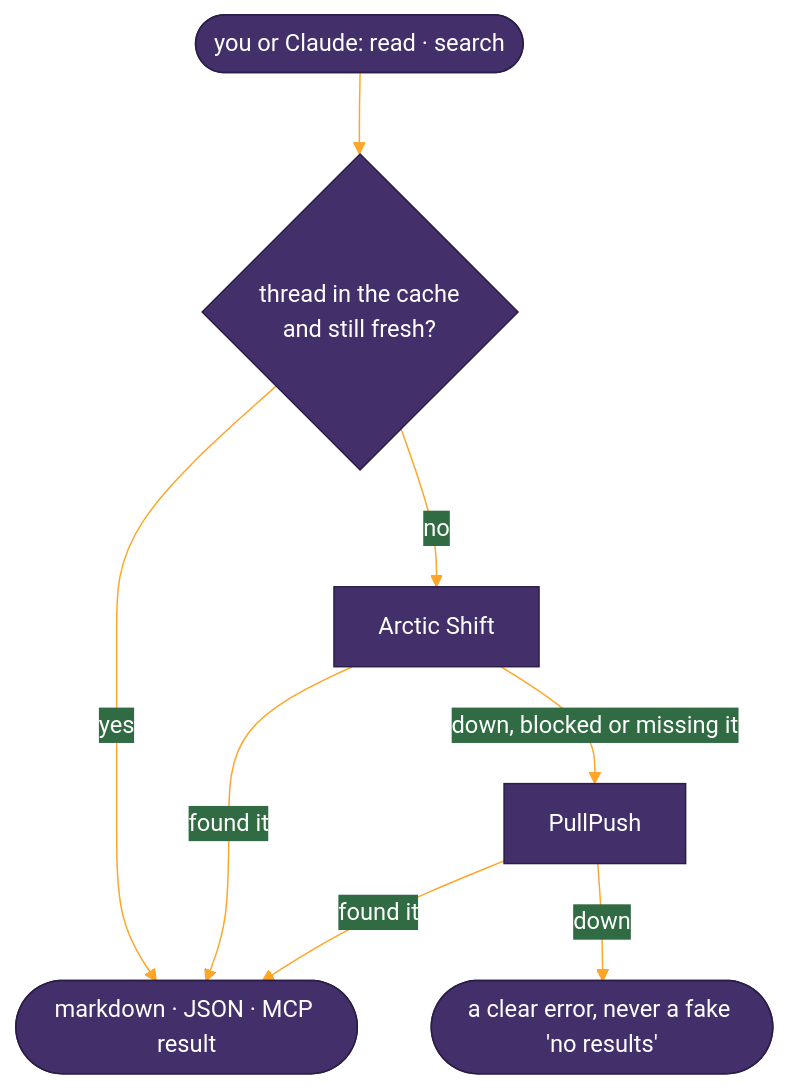
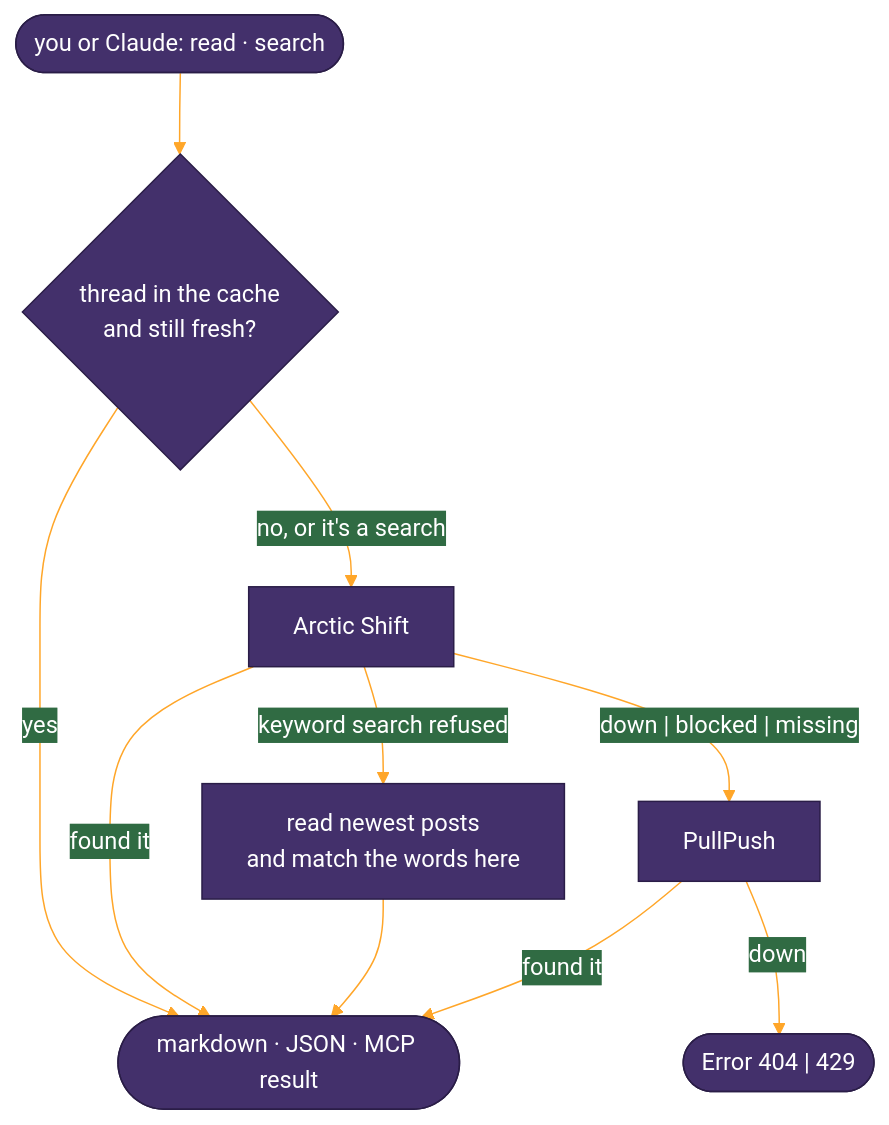
One commit to iiSHAQii/tarantula changed the diagram in README.md. Above: the diagram before and after it, drawn with Mermaid. The commit also changed other lines of this file and 1 other file, not shown here.

````diff
--- a/README.md
+++ b/README.md
@@ -91,11 +93,13 @@
 ```mermaid
 %%{init: {'theme':'base','themeVariables':{'primaryColor':'#43306B','primaryTextColor':'#ffffff','primaryBorderColor':'#2A1D47','lineColor':'#FFA629','fontFamily':'ui-monospace, monospace'},'flowchart':{'nodeSpacing':50,'rankSpacing':55}}}%%
 flowchart TD
     ask(["you or Claude: read · search"]) --> cache{"thread in the cache<br/>and still fresh?"}
     cache -- yes --> out(["markdown · JSON · MCP result"])
-    cache -- no --> as["Arctic Shift"]
+    cache -- "no, or it's a search" --> as["Arctic Shift"]
     as -- found it --> out
-    as -- "down, blocked or missing it" --> pp["PullPush"]
+    as -- "keyword search refused" --> scan["read newest posts<br/>and match the words here"]
+    scan --> out
+    as -- "down | blocked | missing" --> pp["PullPush"]
     pp -- found it --> out
-    pp -- down --> err(["a clear error, never a fake 'no results'"])
+    pp -- down --> err(["Error 404 | 429"])
 ```
````
